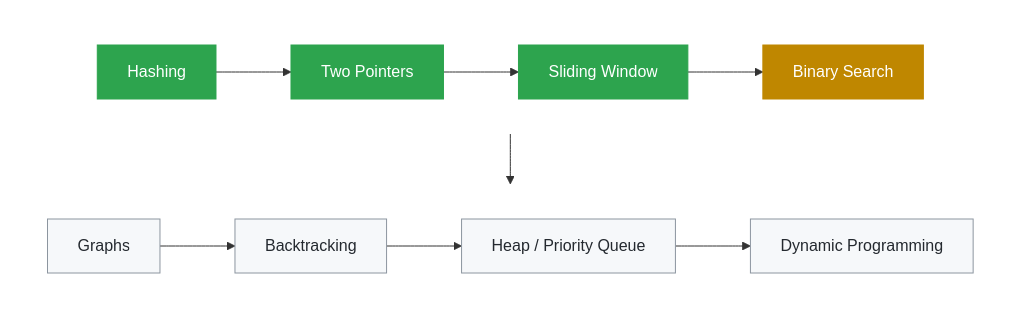
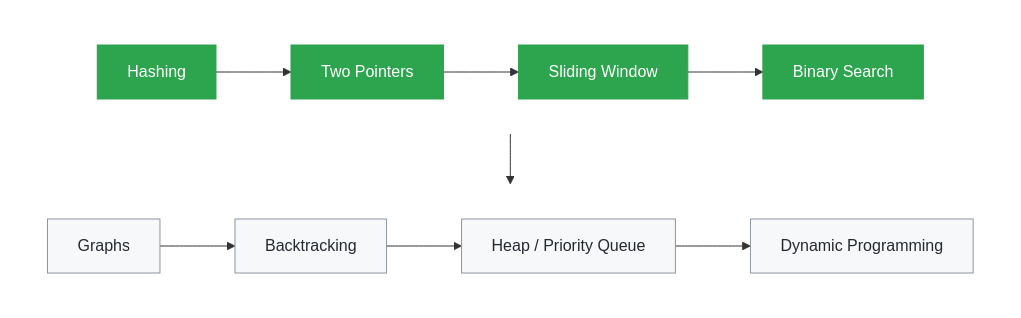
Before and after one commit to yuviyashu/java-dsa-patterns: the diagram in README.md, drawn with Mermaid. The commit also changed other lines of this file and 2 other files, not shown here.

Commit message:
Add Search in Rotated Sorted Array (Binary Search) — pick the sorted half, then narrow

````diff
--- a/README.md
+++ b/README.md
@@ -16,20 +16,19 @@
 ```mermaid
 flowchart TB
     subgraph row1 [" "]
         direction LR
         A[Hashing] --> B[Two Pointers] --> C[Sliding Window] --> H[Binary Search]
     end
     subgraph row2 [" "]
         direction LR
         D[Graphs] --> E[Backtracking] --> F[Heap / Priority Queue] --> G[Dynamic Programming]
     end
     row1 --> row2
     style row1 fill:none,stroke:none
     style row2 fill:none,stroke:none
     classDef done fill:#2da44e,color:#fff,stroke:#2da44e
     classDef inprogress fill:#bf8700,color:#fff,stroke:#bf8700
     classDef next fill:#f6f8fa,color:#24292f,stroke:#8c959f
-    class A,B,C done
-    class H inprogress
+    class A,B,C,H done
     class D,E,F,G next
 ```
````
